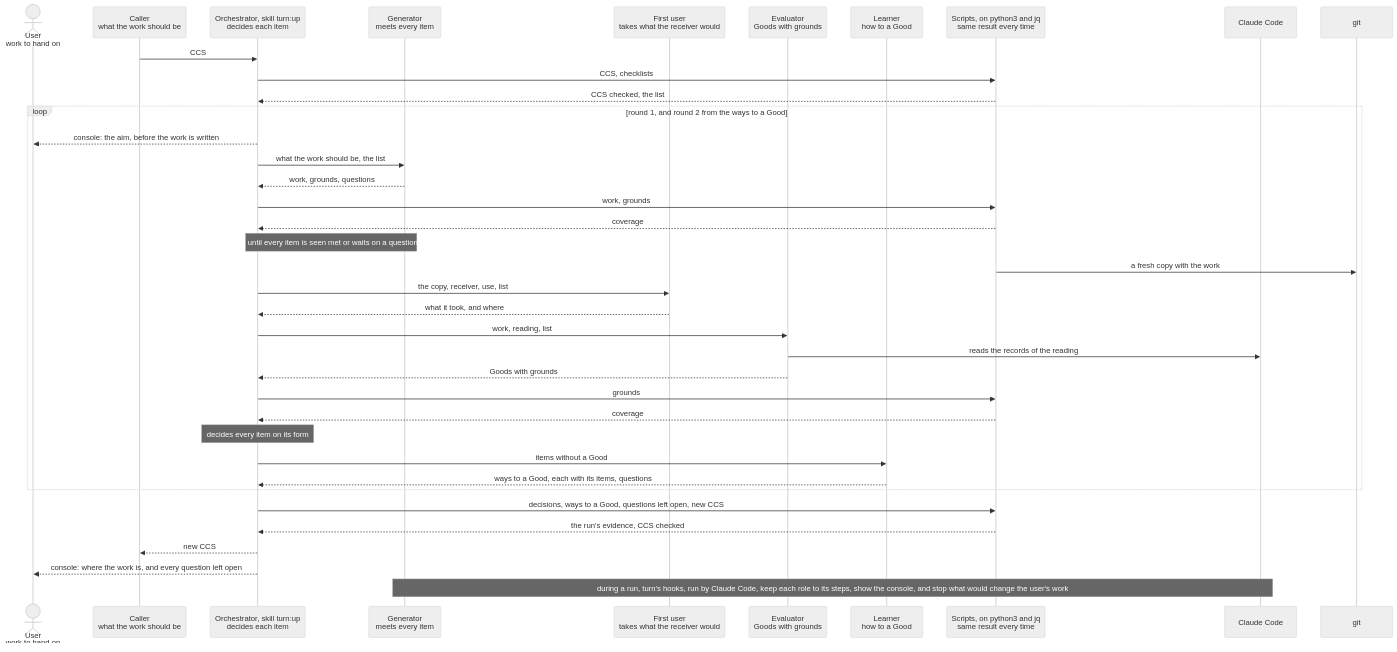
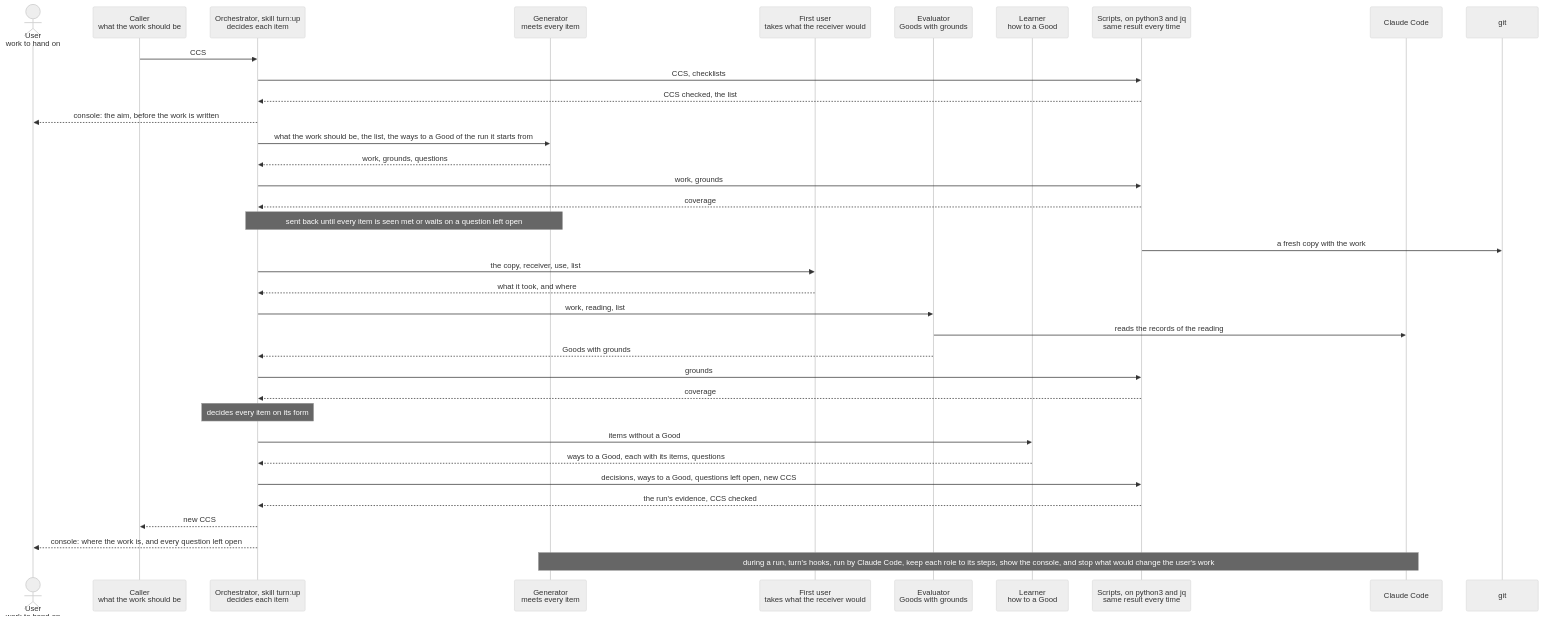
Before and after one commit to lovaizu/ccpm: the diagram in dev/turn/design.md, drawn with Mermaid (neutral theme). The commit also changed other lines of this file and 1 other file, not shown here.

First line of the commit message:
turn design: a run makes, reads and decides once, and the caller decides whether to run again

````diff
--- a/dev/turn/design.md
+++ b/dev/turn/design.md
@@ -187,40 +187,38 @@
 ```mermaid
 sequenceDiagram
   actor U as User<br/>work to hand on
   participant C as Caller<br/>what the work should be
   participant O as Orchestrator, skill turn:up<br/>decides each item
   participant G as Generator<br/>meets every item
   participant F as First user<br/>takes what the receiver would
   participant E as Evaluator<br/>Goods with grounds
   participant L as Learner<br/>how to a Good
   participant S as Scripts, on python3 and jq<br/>same result every time
   participant CC as Claude Code
   participant GIT as git
   C->>O: CCS
   O->>S: CCS, checklists
   S-->>O: CCS checked, the list
-  loop round 1, and round 2 from the ways to a Good
-    O-->>U: console: the aim, before the work is written
-    O->>G: what the work should be, the list
-    G-->>O: work, grounds, questions
-    O->>S: work, grounds
-    S-->>O: coverage
-    Note over O,G: sent back until every item is seen met or waits on a question left open
-    S->>GIT: a fresh copy with the work
-    O->>F: the copy, receiver, use, list
-    F-->>O: what it took, and where
-    O->>E: work, reading, list
-    E->>CC: reads the records of the reading
-    E-->>O: Goods with grounds
-    O->>S: grounds
-    S-->>O: coverage
-    Note over O: decides every item on its form
-    O->>L: items without a Good
-    L-->>O: ways to a Good, each with its items, questions
-  end
+  O-->>U: console: the aim, before the work is written
+  O->>G: what the work should be, the list, the ways to a Good of the run it starts from
+  G-->>O: work, grounds, questions
+  O->>S: work, grounds
+  S-->>O: coverage
+  Note over O,G: sent back until every item is seen met or waits on a question left open
+  S->>GIT: a fresh copy with the work
+  O->>F: the copy, receiver, use, list
+  F-->>O: what it took, and where
+  O->>E: work, reading, list
+  E->>CC: reads the records of the reading
+  E-->>O: Goods with grounds
+  O->>S: grounds
+  S-->>O: coverage
+  Note over O: decides every item on its form
+  O->>L: items without a Good
+  L-->>O: ways to a Good, each with its items, questions
   O->>S: decisions, ways to a Good, questions left open, new CCS
   S-->>O: the run's evidence, CCS checked
   O-->>C: new CCS
   O-->>U: console: where the work is, and every question left open
   Note over G,CC: during a run, turn's hooks, run by Claude Code, keep each role to its steps, show the console, and stop what would change the user's work
 ```
````
